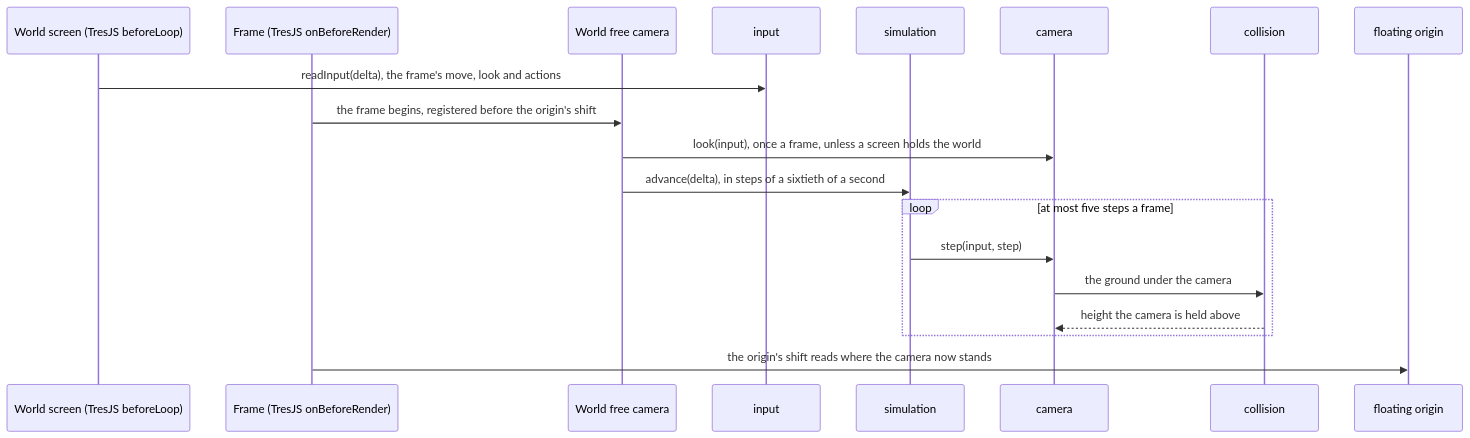
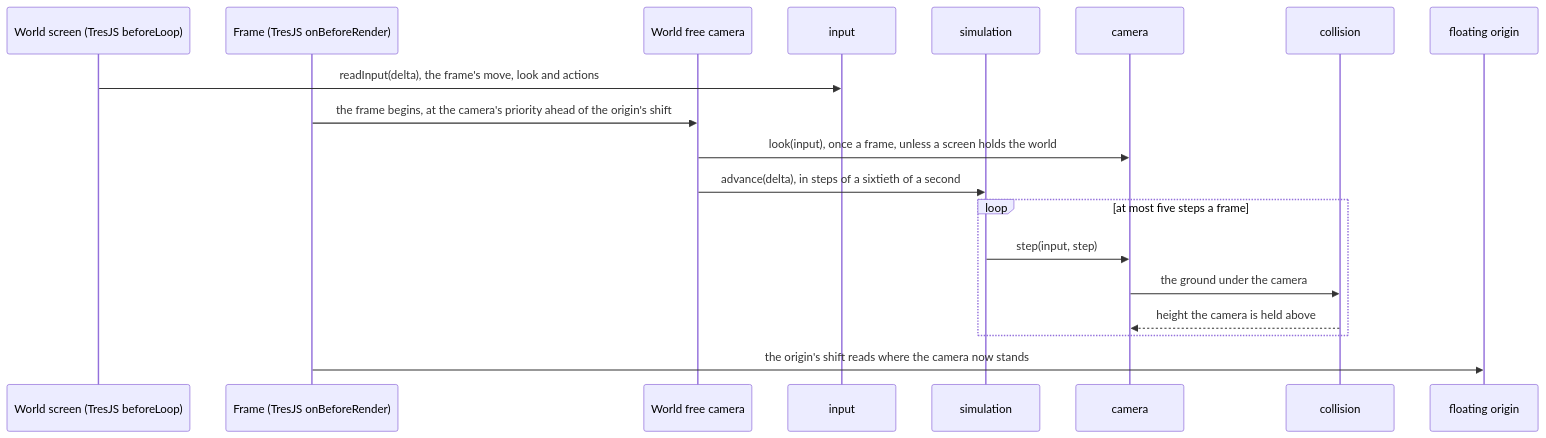
The diagram in apps/web/content/docs/genshin/free-camera.md (Esposter/Esposter), drawn with Mermaid before and after one commit. The commit also changed other lines of this file and 20 other files, not shown here.

````diff
--- a/apps/web/content/docs/genshin/free-camera.md
+++ b/apps/web/content/docs/genshin/free-camera.md
@@ -10,21 +10,21 @@
 ```mermaid
 sequenceDiagram
   participant WS as World screen (TresJS beforeLoop)
   participant F as Frame (TresJS onBeforeRender)
   participant FC as World free camera
   participant IN as input
   participant SIM as simulation
   participant CAM as camera
   participant CL as collision
   participant FO as floating origin
   WS->>IN: readInput(delta), the frame's move, look and actions
-  F->>FC: the frame begins, registered before the origin's shift
+  F->>FC: the frame begins, at the camera's priority ahead of the origin's shift
   FC->>CAM: look(input), once a frame, unless a screen holds the world
   FC->>SIM: advance(delta), in steps of a sixtieth of a second
   loop at most five steps a frame
     SIM->>CAM: step(input, step)
     CAM->>CL: the ground under the camera
     CL-->>CAM: height the camera is held above
   end
   F->>FO: the origin's shift reads where the camera now stands
 ```
````
